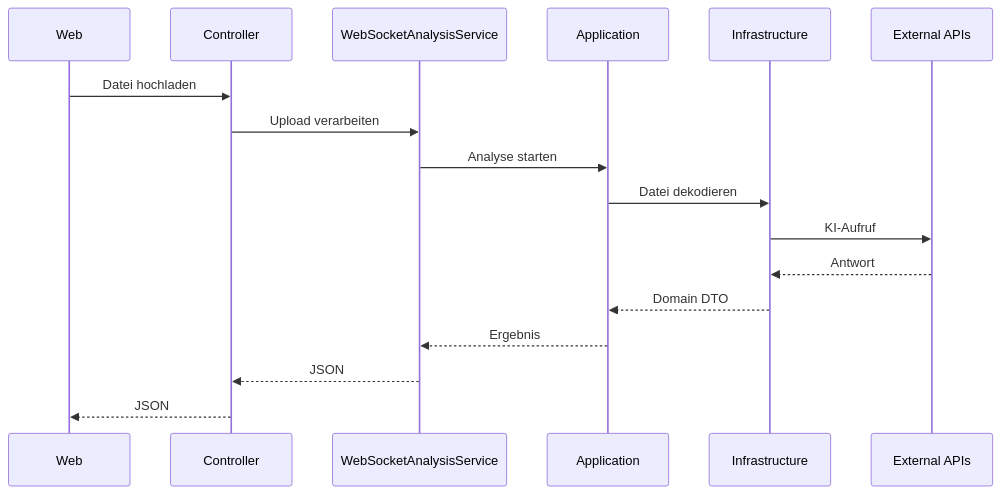
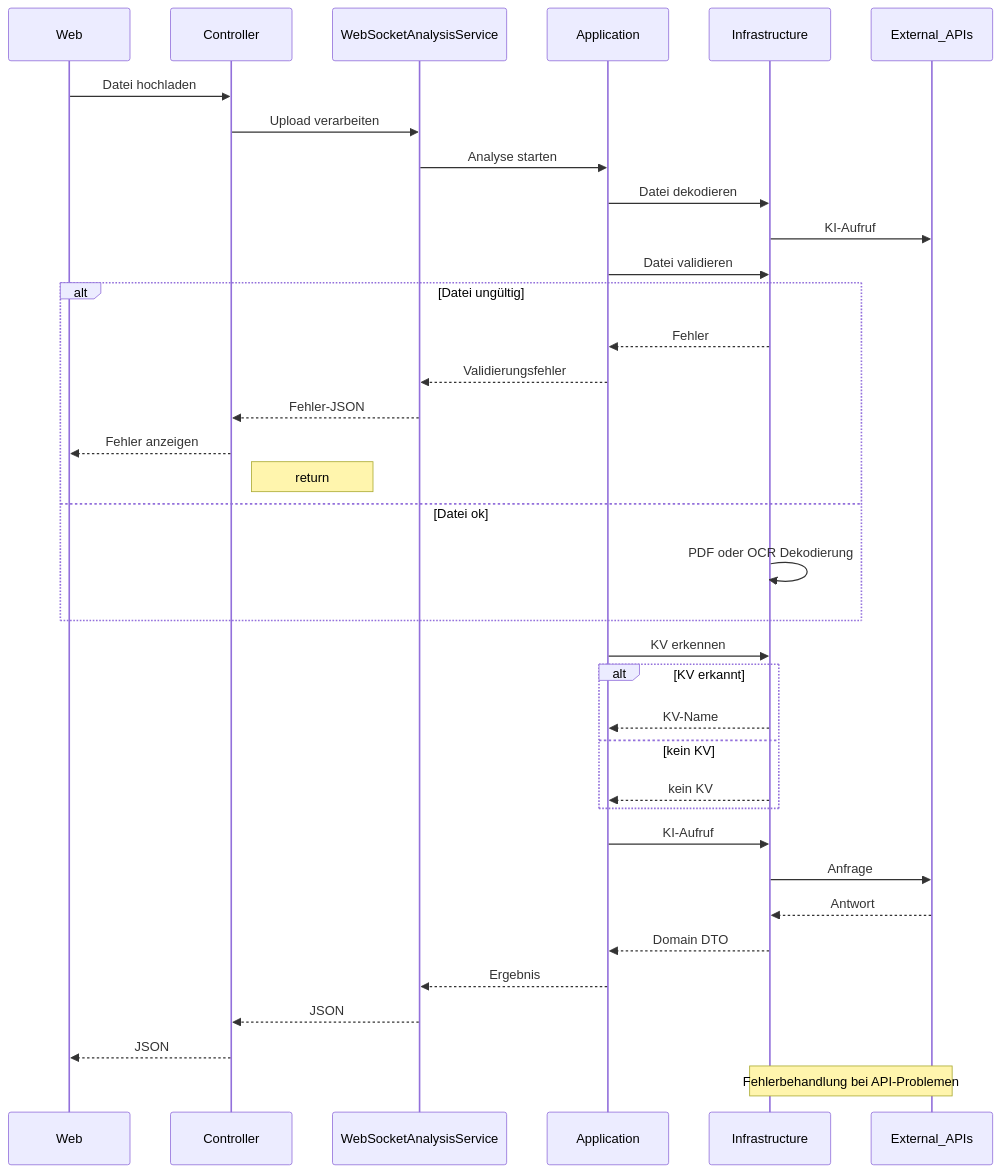
The third of 6 diagrams in docs/Diagrams/diagrams.md (sebastian-305/PocketLawyer), drawn with Mermaid before and after one commit. The commit also changed 6 other files, not shown here.

Commit message:
diagrams

````diff
--- a/docs/Diagrams/diagrams.md
+++ b/docs/Diagrams/diagrams.md
@@ -123,20 +123,39 @@
 ```mermaid
 sequenceDiagram
     participant FE as Web
     participant PC as Controller
     participant WS as WebSocketAnalysisService
     participant APP as Application
     participant INF as Infrastructure
-    participant EX as External APIs
+    participant EX as External_APIs
 
     FE->>PC: Datei hochladen
     PC->>WS: Upload verarbeiten
     WS->>APP: Analyse starten
     APP->>INF: Datei dekodieren
     INF->>EX: KI-Aufruf
+    APP->>INF: Datei validieren
+    alt Datei ungültig
+        INF-->>APP: Fehler
+        APP-->>WS: Validierungsfehler
+        WS-->>PC: Fehler-JSON
+        PC-->>FE: Fehler anzeigen
+        Note right of PC: return
+    else Datei ok
+        INF->>INF: PDF oder OCR Dekodierung
+    end
+    APP->>INF: KV erkennen
+    alt KV erkannt
+        INF-->>APP: KV-Name
+    else kein KV
+        INF-->>APP: kein KV
+    end
+    APP->>INF: KI-Aufruf
+    INF->>EX: Anfrage
     EX-->>INF: Antwort
     INF-->>APP: Domain DTO
     APP-->>WS: Ergebnis
     WS-->>PC: JSON
     PC-->>FE: JSON
+    Note over EX,INF: Fehlerbehandlung bei API-Problemen
 ```
````
